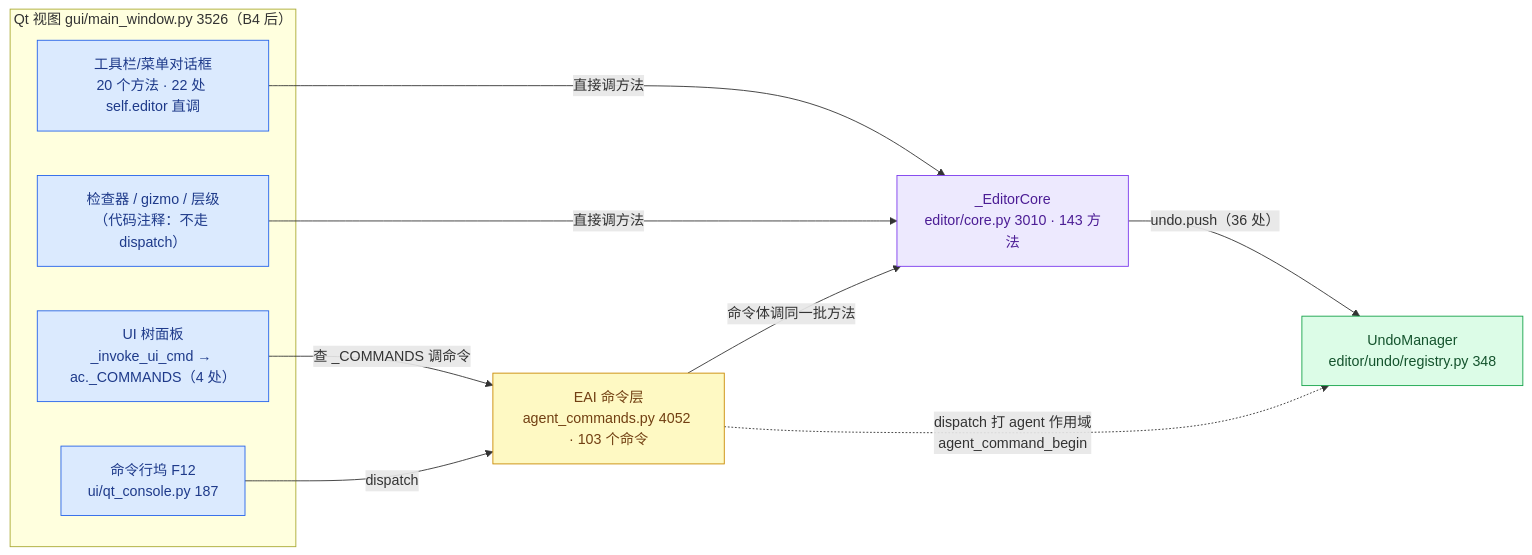
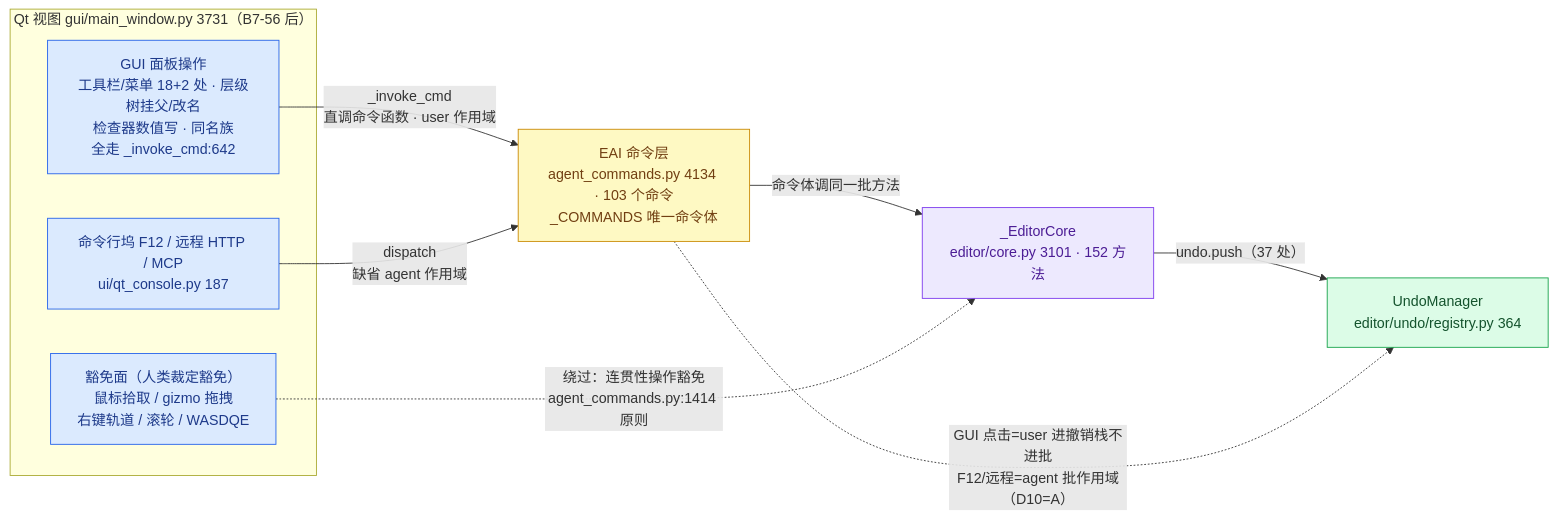
Diagram 17 of 23 in ARCHITECTURE.md (lhy302/WeaveEngine), drawn with Mermaid before and after one commit. The commit also changed other lines of this file, not shown here.

Commit message:
B7-56/B7-57 架构图同步: GUI 全量命令化(7dc6c5b/757071e)+相机挂相机(edf1336) 后按实测刷新 图1/2/2a/2b/4/7/8/11/13/15/16/19 + 横幅 e397c11

````diff
--- a/ARCHITECTURE.md
+++ b/ARCHITECTURE.md
@@ -963,23 +973,21 @@
 ```mermaid
 flowchart LR
-  subgraph GUIL["Qt 视图 gui/main_window.py 3526（B4 后）"]
-    G1["工具栏/菜单对话框<br/>20 个方法 · 22 处 self.editor 直调"]:::gui
-    G2["UI 树面板<br/>_invoke_ui_cmd → ac._COMMANDS（4 处）"]:::gui
-    G3["检查器 / gizmo / 层级<br/>（代码注释：不走 dispatch）"]:::gui
-    G4["命令行坞 F12<br/>ui/qt_console.py 187"]:::gui
+  subgraph GUIL["Qt 视图 gui/main_window.py 3731（B7-56 后）"]
+    G1["GUI 面板操作<br/>工具栏/菜单 18+2 处 · 层级树挂父/改名<br/>检查器数值写 · 同名族<br/>全走 _invoke_cmd:642"]:::gui
+    G2["豁免面（人类裁定豁免）<br/>鼠标拾取 / gizmo 拖拽<br/>右键轨道 / 滚轮 / WASDQE"]:::gui
+    G3["命令行坞 F12 / 远程 HTTP / MCP<br/>ui/qt_console.py 187"]:::gui
   end
-  E["EAI 命令层<br/>agent_commands.py 4052 · 103 个命令"]:::eai
-  A["_EditorCore<br/>editor/core.py 3010 · 143 方法"]:::facade
-  U["UndoManager<br/>editor/undo/registry.py 348"]:::undo
-  G1 -->|直接调方法| A
-  G3 -->|直接调方法| A
-  G2 -->|查 _COMMANDS 调命令| E
-  G4 -->|dispatch| E
+  E["EAI 命令层<br/>agent_commands.py 4134 · 103 个命令<br/>_COMMANDS 唯一命令体"]:::eai
+  A["_EditorCore<br/>editor/core.py 3101 · 152 方法"]:::facade
+  U["UndoManager<br/>editor/undo/registry.py 364"]:::undo
+  G1 -->|_invoke_cmd<br/>直调命令函数 · user 作用域| E
+  G3 -->|dispatch<br/>缺省 agent 作用域| E
   E -->|命令体调同一批方法| A
-  A -->|undo.push（36 处）| U
-  E -.->|dispatch 打 agent 作用域<br/>agent_command_begin| U
+  G2 -.->|绕过：连贯性操作豁免<br/>agent_commands.py:1414 原则| A
+  A -->|undo.push（37 处）| U
+  E -.->|GUI 点击=user 进撤销栈不进批<br/>F12/远程=agent 批作用域（D10=A）| U
   classDef gui fill:#dbeafe,stroke:#2563eb,color:#1e3a8a
   classDef eai fill:#fef9c3,stroke:#ca8a04,color:#713f12
   classDef facade fill:#ede9fe,stroke:#7c3aed,color:#4c1d95
   classDef undo fill:#dcfce7,stroke:#16a34a,color:#14532d
 ```
````
